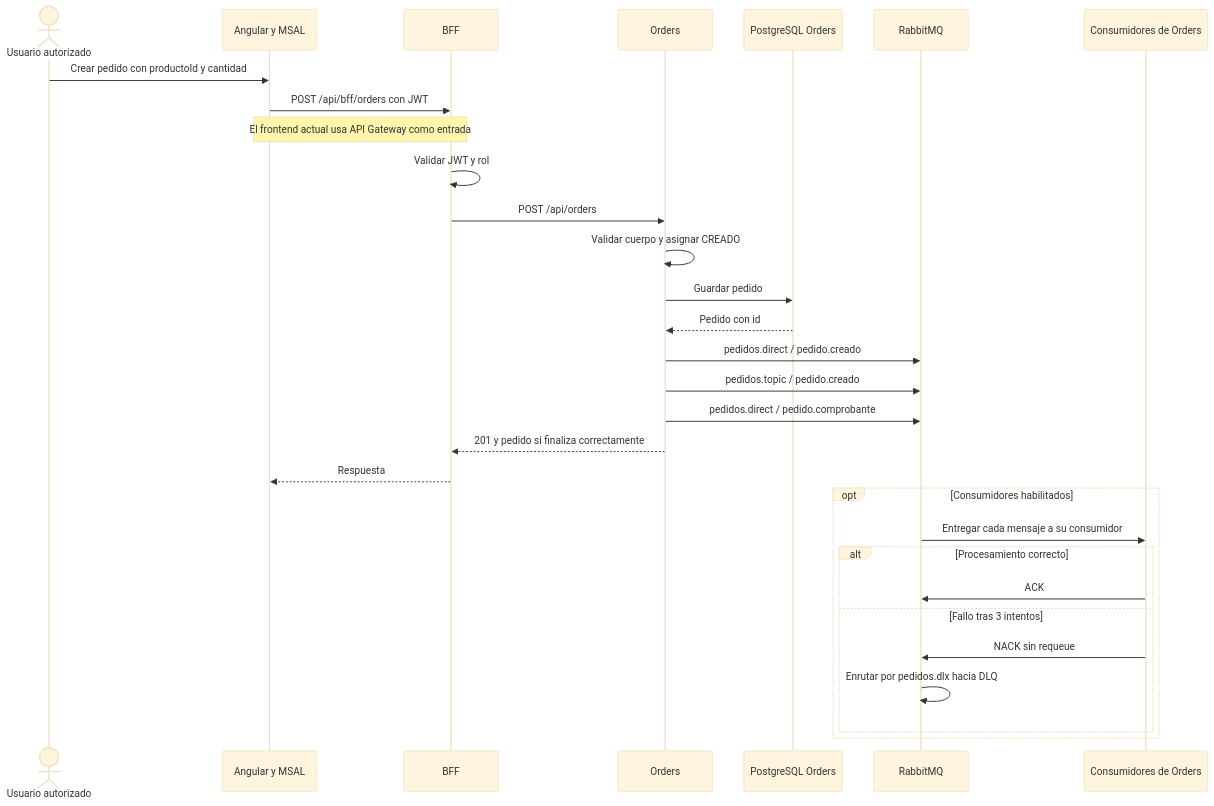
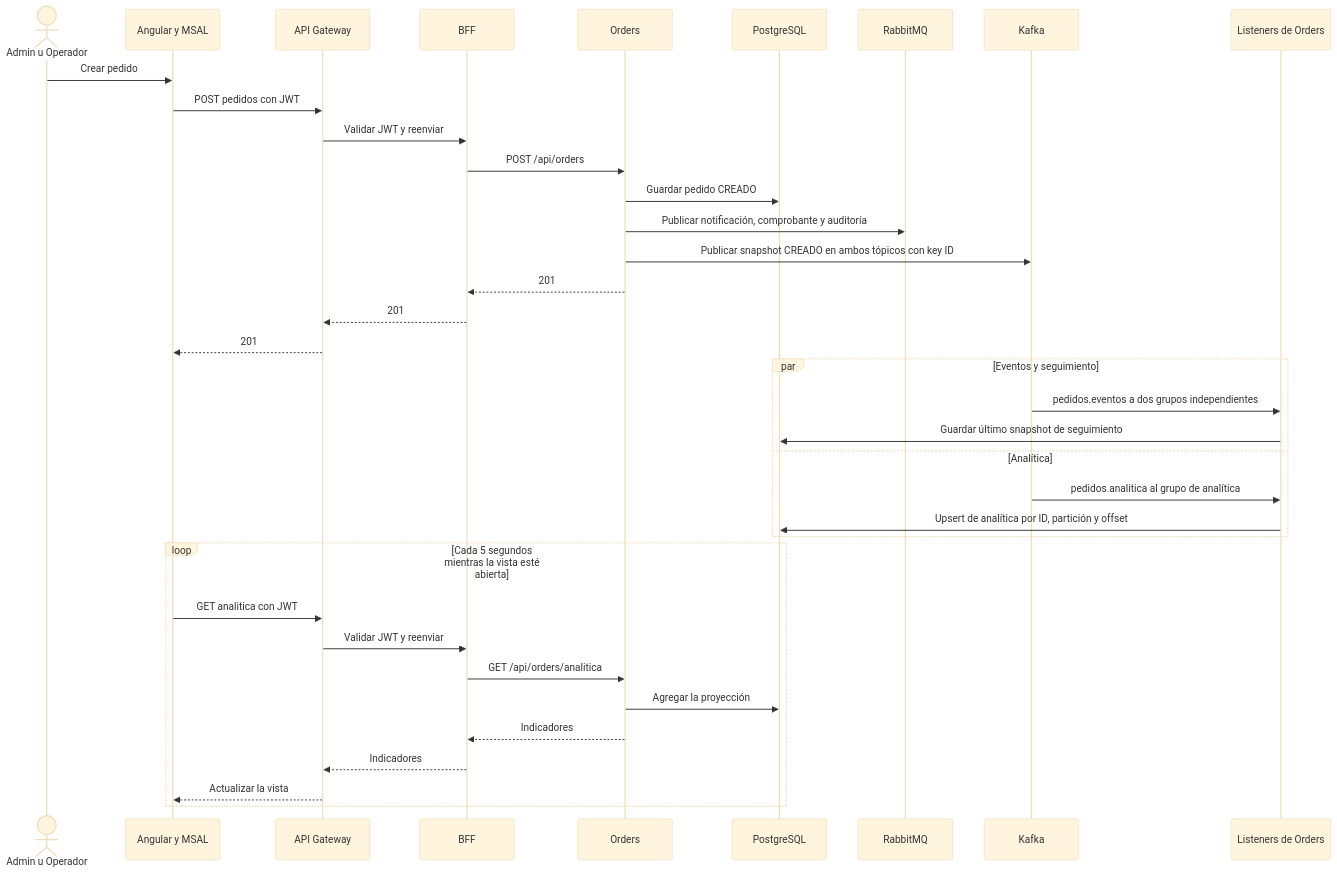
The second of 3 diagrams in README.md (solargomedo/Pedidos360), drawn with Mermaid (base theme) before and after one commit. The commit also changed other lines of this file and 41 other files, not shown here.

Commit message:
feat: implementar EP3 Kafka, analitica, seguimiento y documentacion

````diff
--- a/README.md
+++ b/README.md
@@ -310,32 +228,38 @@
 ```mermaid
 sequenceDiagram
-    actor U as Usuario autorizado
+    actor U as Admin u Operador
     participant F as Angular y MSAL
+    participant G as API Gateway
     participant B as BFF
     participant O as Orders
-    participant DB as PostgreSQL Orders
+    participant P as PostgreSQL
     participant R as RabbitMQ
-    participant C as Consumidores de Orders
-    U->>F: Crear pedido con productoId y cantidad
-    F->>B: POST /api/bff/orders con JWT
-    Note over F,B: El frontend actual usa API Gateway como entrada
-    B->>B: Validar JWT y rol
+    participant K as Kafka
+    participant L as Listeners de Orders
+    U->>F: Crear pedido
+    F->>G: POST pedidos con JWT
+    G->>B: Validar JWT y reenviar
     B->>O: POST /api/orders
-    O->>O: Validar cuerpo y asignar CREADO
-    O->>DB: Guardar pedido
-    DB-->>O: Pedido con id
-    O->>R: pedidos.direct / pedido.creado
-    O->>R: pedidos.topic / pedido.creado
-    O->>R: pedidos.direct / pedido.comprobante
-    O-->>B: 201 y pedido si finaliza correctamente
-    B-->>F: Respuesta
-    opt Consumidores habilitados
-        R->>C: Entregar cada mensaje a su consumidor
-        alt Procesamiento correcto
-            C->>R: ACK
-        else Fallo tras 3 intentos
-            C->>R: NACK sin requeue
-            R->>R: Enrutar por pedidos.dlx hacia DLQ
-        end
+    O->>P: Guardar pedido CREADO
+    O->>R: Publicar notificación, comprobante y auditoría
+    O->>K: Publicar snapshot CREADO en ambos tópicos con key ID
+    O-->>B: 201
+    B-->>G: 201
+    G-->>F: 201
+    par Eventos y seguimiento
+        K->>L: pedidos.eventos a dos grupos independientes
+        L->>P: Guardar último snapshot de seguimiento
+    and Analítica
+        K->>L: pedidos.analitica al grupo de analítica
+        L->>P: Upsert de analítica por ID, partición y offset
+    end
+    loop Cada 5 segundos mientras la vista esté abierta
+        F->>G: GET analitica con JWT
+        G->>B: Validar JWT y reenviar
+        B->>O: GET /api/orders/analitica
+        O->>P: Agregar la proyección
+        O-->>B: Indicadores
+        B-->>G: Indicadores
+        G-->>F: Actualizar la vista
     end
 ```
````
